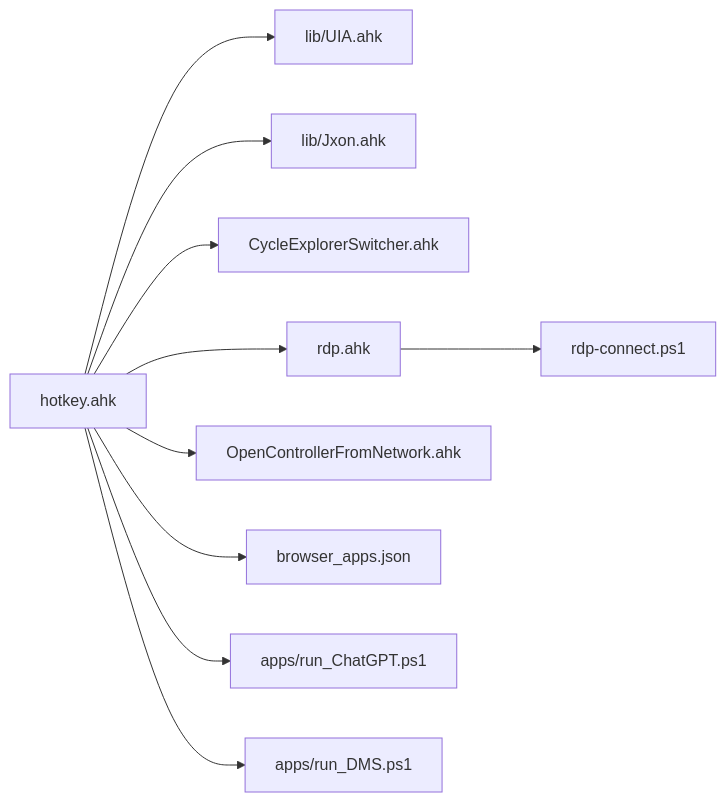
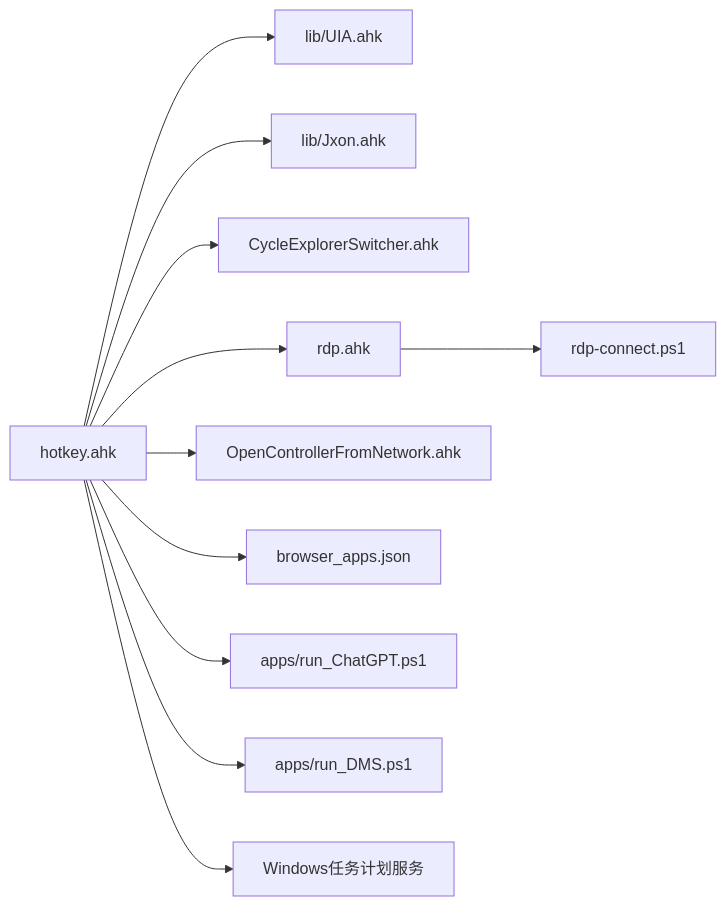
The ninth of 9 diagrams in .qoder/repowiki/zh/content/核心功能/应用程序控制.md (wangys-123doit/hotkey), drawn with Mermaid before and after one commit. The commit also changed other lines of this file and 5 other files, not shown here.

````diff
--- a/.qoder/repowiki/zh/content/核心功能/应用程序控制.md
+++ b/.qoder/repowiki/zh/content/核心功能/应用程序控制.md
@@ -362,12 +415,13 @@
 ```mermaid
 graph LR
 HK["hotkey.ahk"] --> UIA["lib/UIA.ahk"]
 HK --> JX["lib/Jxon.ahk"]
 HK --> CES["CycleExplorerSwitcher.ahk"]
 HK --> RDP["rdp.ahk"]
 HK --> OCN["OpenControllerFromNetwork.ahk"]
 RDP --> PS["rdp-connect.ps1"]
 HK --> BJSON["browser_apps.json"]
 HK --> PCHAT["apps/run_ChatGPT.ps1"]
 HK --> PDMS["apps/run_DMS.ps1"]
+HK --> SCHTASKS["Windows任务计划服务"]
 ```
````
